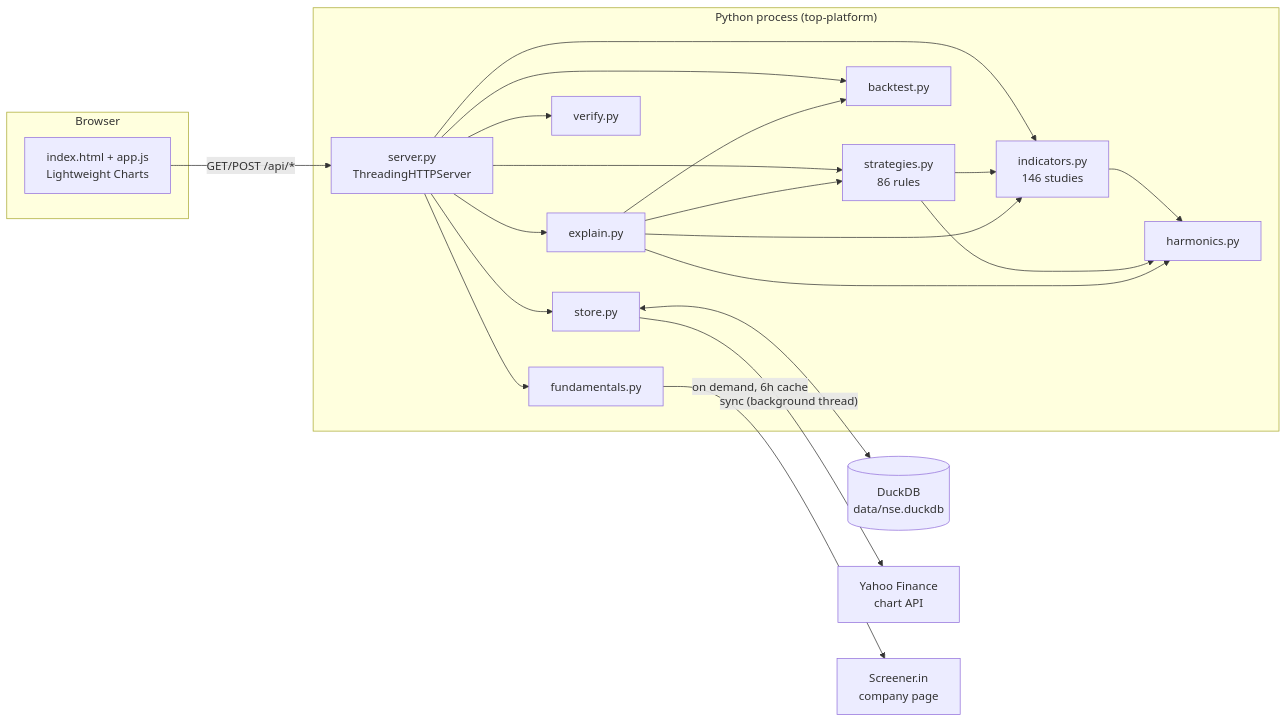
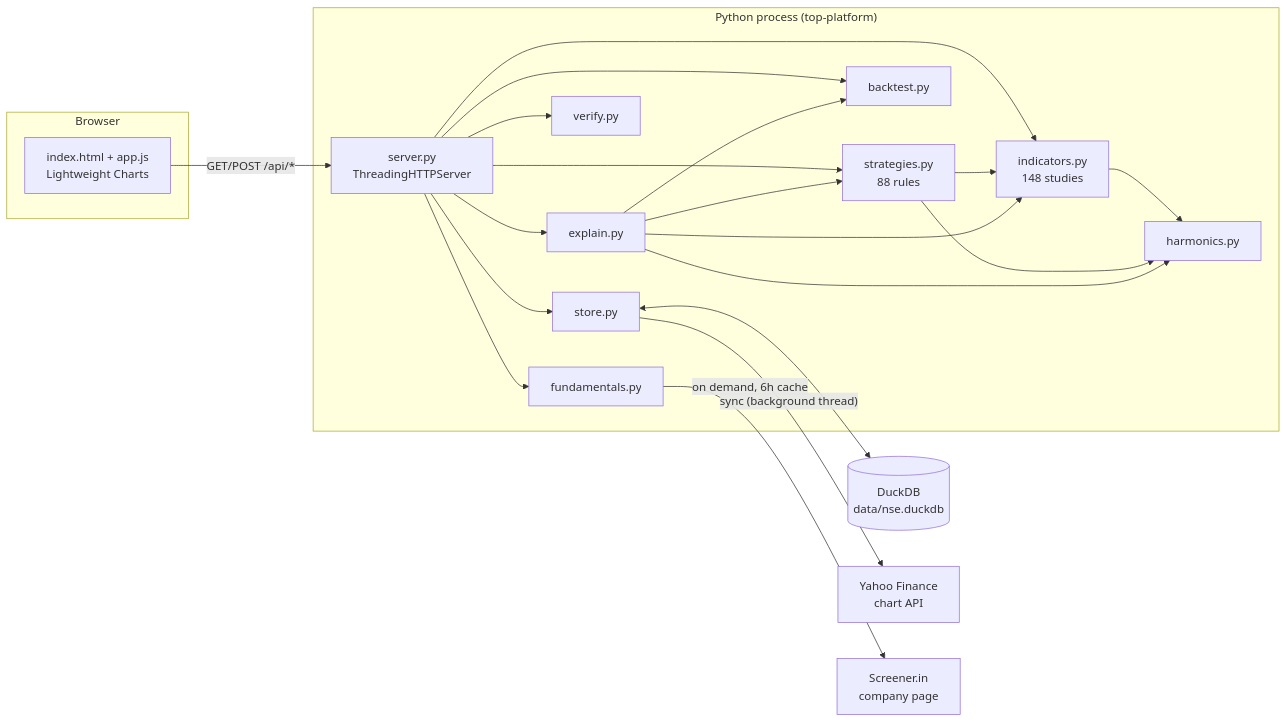
The first of 3 diagrams in docs/design.md (garv08/Trade-Observability-Platform), drawn with Mermaid before and after one commit. The commit also changed other lines of this file and 32 other files, not shown here.

````diff
--- a/docs/design.md
+++ b/docs/design.md
@@ -28,31 +28,31 @@
 ```mermaid
 flowchart LR
   subgraph Browser
     UI["index.html + app.js<br/>Lightweight Charts"]
   end
   subgraph "Python process (top-platform)"
     S["server.py<br/>ThreadingHTTPServer"]
-    IND["indicators.py<br/>146 studies"]
-    STR["strategies.py<br/>86 rules"]
+    IND["indicators.py<br/>148 studies"]
+    STR["strategies.py<br/>88 rules"]
     BT["backtest.py"]
     HAR["harmonics.py"]
     EX["explain.py"]
     FUN["fundamentals.py"]
     VER["verify.py"]
     ST["store.py"]
   end
   DB[("DuckDB<br/>data/nse.duckdb")]
   Y["Yahoo Finance<br/>chart API"]
   SC["Screener.in<br/>company page"]
 
   UI -- "GET/POST /api/*" --> S
   S --> IND & STR & BT & EX & FUN & VER
   STR --> IND
   IND --> HAR
   STR --> HAR
   EX --> IND & STR & BT & HAR
   S --> ST
   ST <--> DB
   ST -- "sync (background thread)" --> Y
   FUN -- "on demand, 6h cache" --> SC
 ```
````
